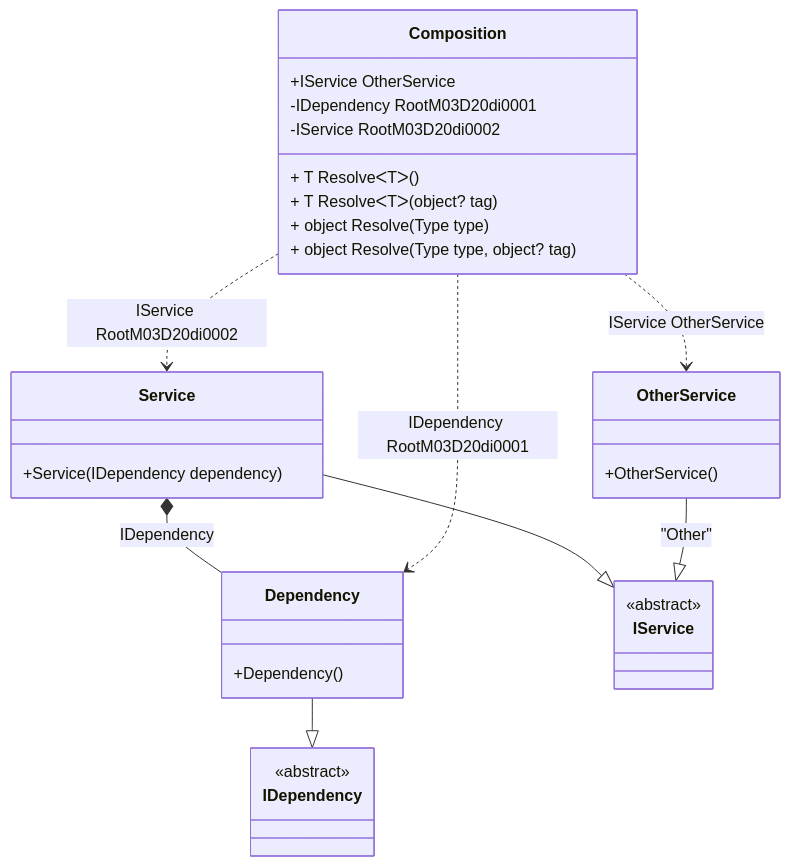
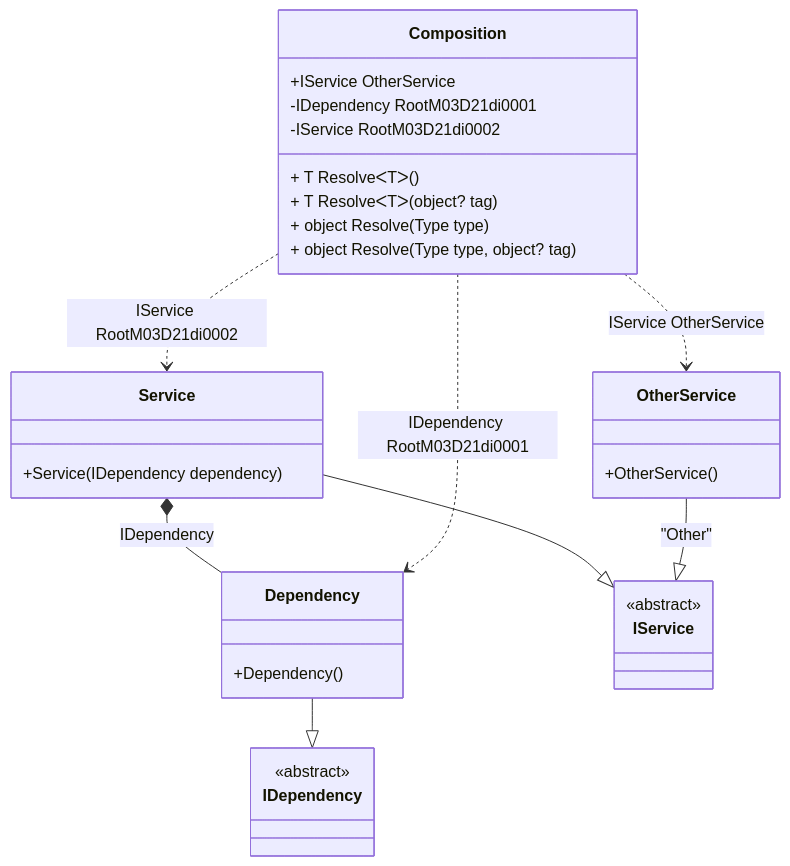
Before and after one commit to DevTeam/Pure.DI: the diagram in readme/resolve-methods.md, drawn with Mermaid. The commit also changed other lines of this file and 75 other files, not shown here.

````diff
--- a/readme/resolve-methods.md
+++ b/readme/resolve-methods.md
@@ -45,34 +45,34 @@
 ```mermaid
 classDiagram
   class Composition {
     +IService OtherService
-    -IDependency RootM03D20di0001
-    -IService RootM03D20di0002
+    -IDependency RootM03D21di0001
+    -IService RootM03D21di0002
     + T ResolveᐸTᐳ()
     + T ResolveᐸTᐳ(object? tag)
     + object Resolve(Type type)
     + object Resolve(Type type, object? tag)
   }
   Dependency --|> IDependency : 
   class Dependency {
     +Dependency()
   }
   Service --|> IService : 
   class Service {
     +Service(IDependency dependency)
   }
   OtherService --|> IService : "Other" 
   class OtherService {
     +OtherService()
   }
   class IDependency {
     <<abstract>>
   }
   class IService {
     <<abstract>>
   }
   Service *--  Dependency : IDependency
-  Composition ..> Dependency : IDependency RootM03D20di0001
-  Composition ..> Service : IService RootM03D20di0002
+  Composition ..> Dependency : IDependency RootM03D21di0001
+  Composition ..> Service : IService RootM03D21di0002
   Composition ..> OtherService : IService OtherService
 ```
````
